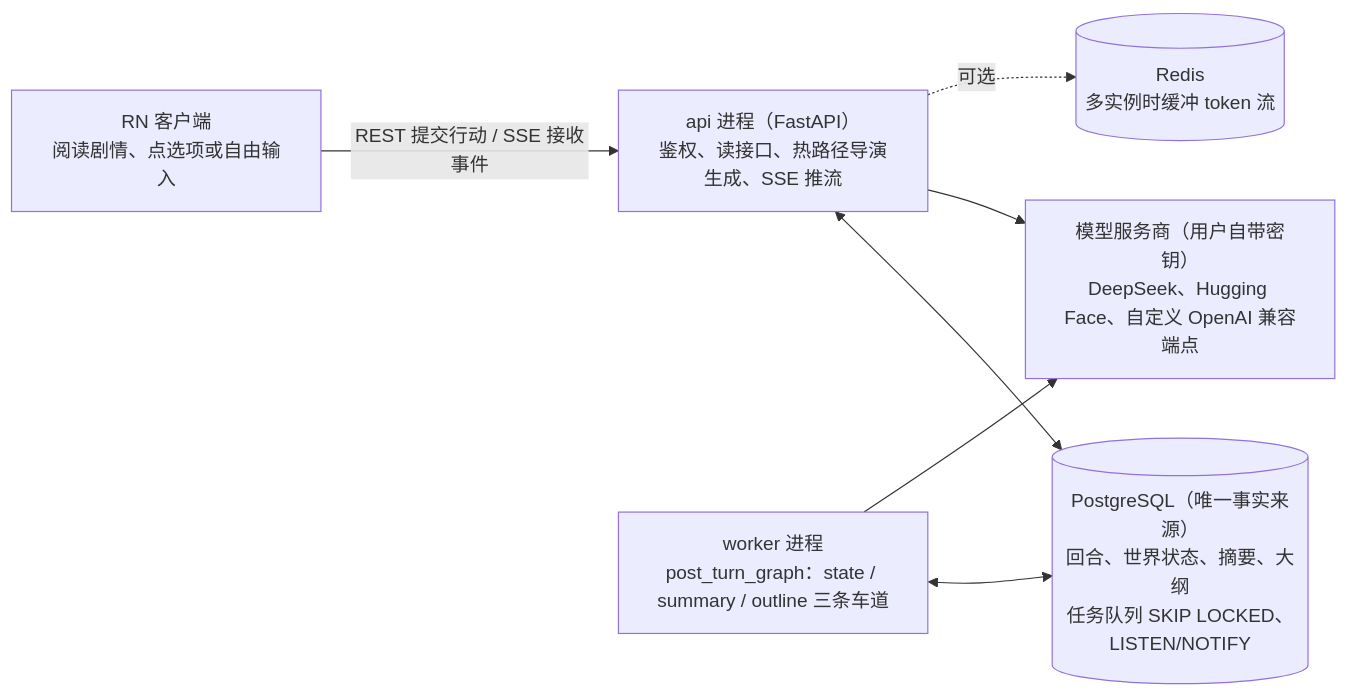
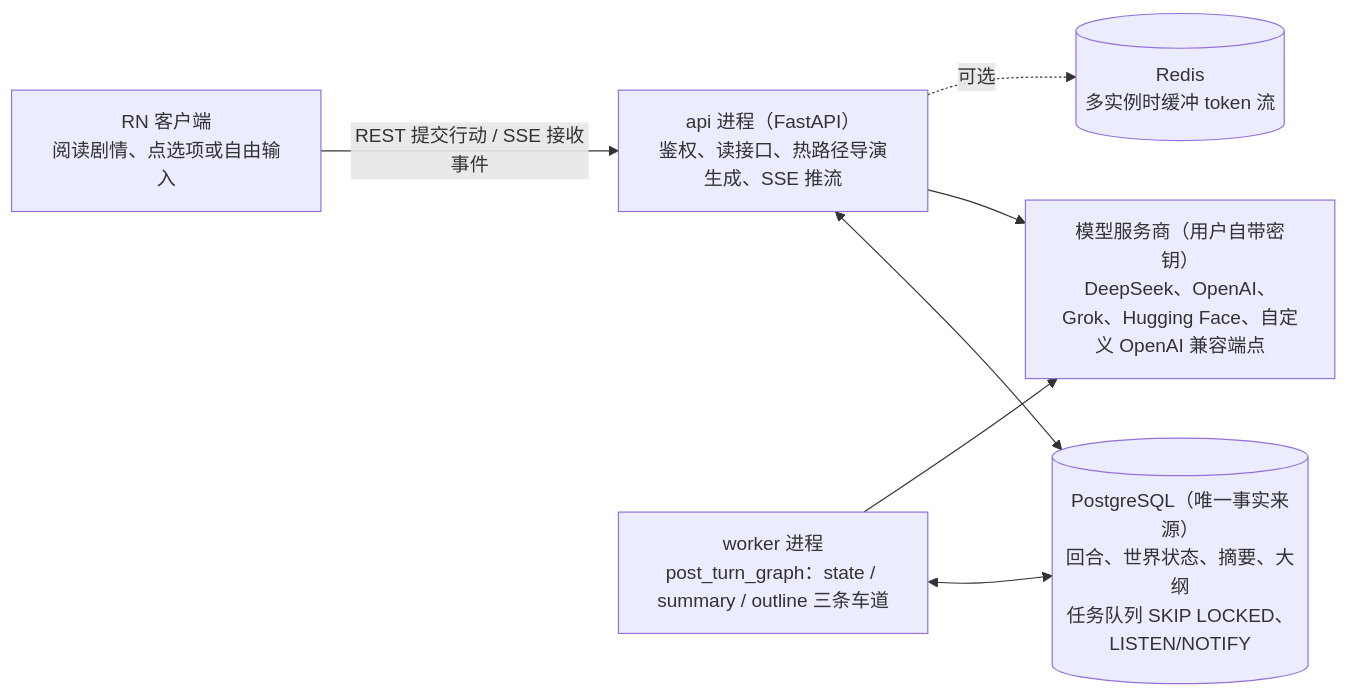
Before and after one commit to Hexthebaldy/BetterTavern: the first of 2 diagrams in docs/backend.md, drawn with Mermaid. The commit also changed other lines of this file and 19 other files, not shown here.

First line of the commit message:
feat: 添加模型新增 OpenAI 和 Grok（xAI）两家服务商；服务商用真正的标志

````diff
--- a/docs/backend.md
+++ b/docs/backend.md
@@ -9,9 +9,9 @@
 ```mermaid
 flowchart LR
   client["RN 客户端<br/>阅读剧情、点选项或自由输入"] -- "REST 提交行动 / SSE 接收事件" --> api["api 进程（FastAPI）<br/>鉴权、读接口、热路径导演生成、SSE 推流"]
   api <--> pg[("PostgreSQL（唯一事实来源）<br/>回合、世界状态、摘要、大纲<br/>任务队列 SKIP LOCKED、LISTEN/NOTIFY")]
   worker["worker 进程<br/>post_turn_graph：state / summary / outline 三条车道"] <--> pg
-  api --> llm["模型服务商（用户自带密钥）<br/>DeepSeek、Hugging Face、自定义 OpenAI 兼容端点"]
+  api --> llm["模型服务商（用户自带密钥）<br/>DeepSeek、OpenAI、Grok、Hugging Face、自定义 OpenAI 兼容端点"]
   worker --> llm
   api -. 可选 .-> redis[("Redis<br/>多实例时缓冲 token 流")]
 ```
````
